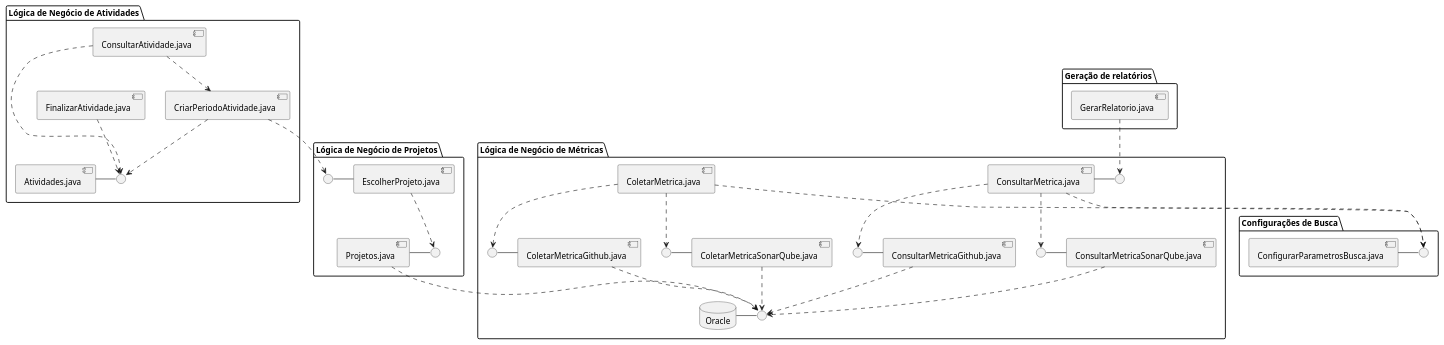
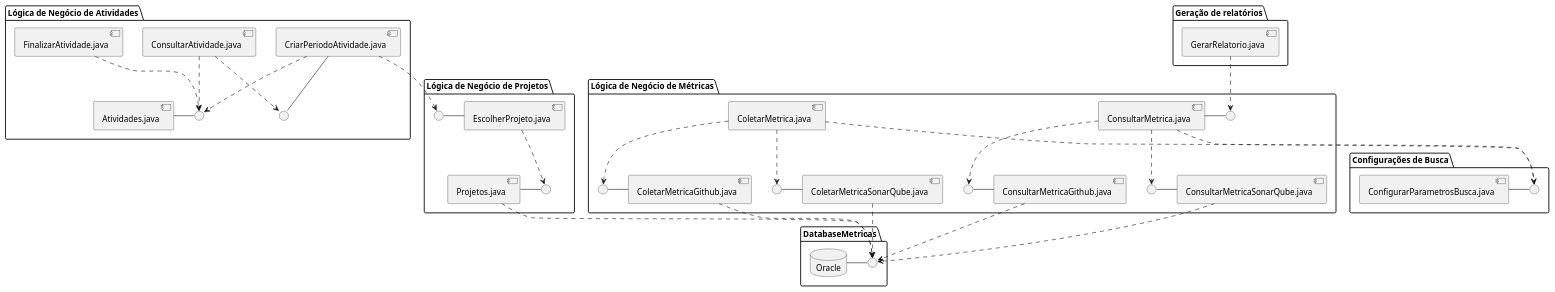
Before and after one commit to yurilsn/DiagramasUml: the diagram in componentes.wsd, drawn with PlantUML. The commit also changed 1 other file, not shown here.

Commit message:
implementando diagrama de implementação

```diff
--- a/componentes.wsd
+++ b/componentes.wsd
@@ -1,96 +1,108 @@
 @startuml
 
 ' skinparam linetype ortho
 
 
 package "Lógica de Negócio de Métricas" {
     component ColetarMetrica.java as coletar_metrica
     component ConsultarMetrica.java as consultar_metrica
     component ConsultarMetricaGithub.java as consultar_metrica_github
     component ConsultarMetricaSonarQube.java as consultar_metrica_sonarqube
     component ColetarMetricaGithub.java as coletar_metrica_github
     component ColetarMetricaSonarQube.java as coletar_metrica_sonarqube
-    database Oracle
     
     interface IconsultarMetricaGitHub as " "
     interface IconsultarMetricaSonarqube as " "
     interface IcoletarMetricaGitHub as " "
     interface IcoletarMetricaSonarqube as " "
-    interface Ioracle as " "
     interface IconsultarMetricas as " "
 
 
     IconsultarMetricaGitHub - consultar_metrica_github
     IconsultarMetricaSonarqube - consultar_metrica_sonarqube
     IcoletarMetricaGitHub - coletar_metrica_github
     IcoletarMetricaSonarqube - coletar_metrica_sonarqube
-    Oracle - Ioracle
 
     consultar_metrica - IconsultarMetricas
 
     consultar_metrica ..> IconsultarMetricaGitHub
     consultar_metrica ..> IconsultarMetricaSonarqube
 
     coletar_metrica ..> IcoletarMetricaGitHub
     coletar_metrica ..> IcoletarMetricaSonarqube
 
-    consultar_metrica_github ..> Ioracle
-    consultar_metrica_sonarqube ..> Ioracle
-    coletar_metrica_sonarqube ..> Ioracle
-    coletar_metrica_github ..> Ioracle
+
 
 
 }
 
 package "Lógica de Negócio de Atividades" {
     component ConsultarAtividade.java as consultar_atividade
     component CriarPeriodoAtividade.java as criar_atividade
     component FinalizarAtividade.java as finalizar_atividade
     component Atividades.java as atividades
 
     interface Iatividades as " "
+    interface IcriarAtividades as " "
+
 
     atividades - Iatividades
+    criar_atividade - IcriarAtividades
 
     finalizar_atividade ..> Iatividades
     consultar_atividade ..> Iatividades
     criar_atividade ..> Iatividades
+
+}
+
+package "DatabaseMetricas"{
+    database Oracle
+
+    interface Ioracle as " "
+
+    Oracle - Ioracle
+
 
 }
 
 package "Geração de relatórios" {
     component GerarRelatorio.java as gerar_relatorio
 
 }
 
 package "Configurações de Busca" {
     component ConfigurarParametrosBusca.java as configurar_parametros
     interface IconfigurarParametros as " "
     configurar_parametros - IconfigurarParametros
 
 }
 
 package "Lógica de Negócio de Projetos" {
     component Projetos.java as projetos
     component EscolherProjeto.java as escolher_projeto
     
     interface IescolherProjeto as " "
     interface Iprojetos as " "
 
     projetos - Iprojetos
     IescolherProjeto - escolher_projeto
 
     escolher_projeto ..> Iprojetos
 
     
 }
 
 
+    consultar_metrica_github ..> Ioracle
+    consultar_metrica_sonarqube ..> Ioracle
+    coletar_metrica_sonarqube ..> Ioracle
+    coletar_metrica_github ..> Ioracle
+
 consultar_metrica ..> IconfigurarParametros
 coletar_metrica ..> IconfigurarParametros
 gerar_relatorio ..> IconsultarMetricas
-consultar_atividade ..> criar_atividade
+consultar_atividade ..> IcriarAtividades
 criar_atividade ..> IescolherProjeto
 projetos ..> Ioracle
 
 @enduml
```
